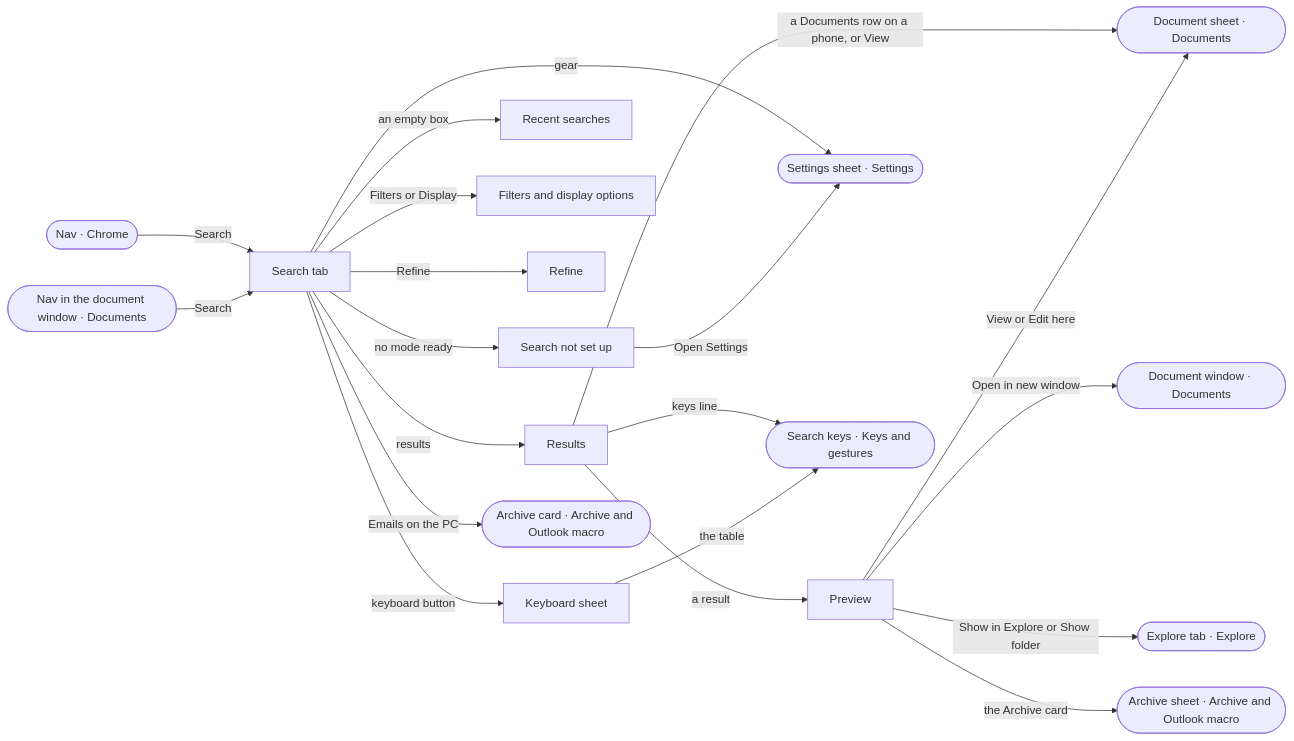
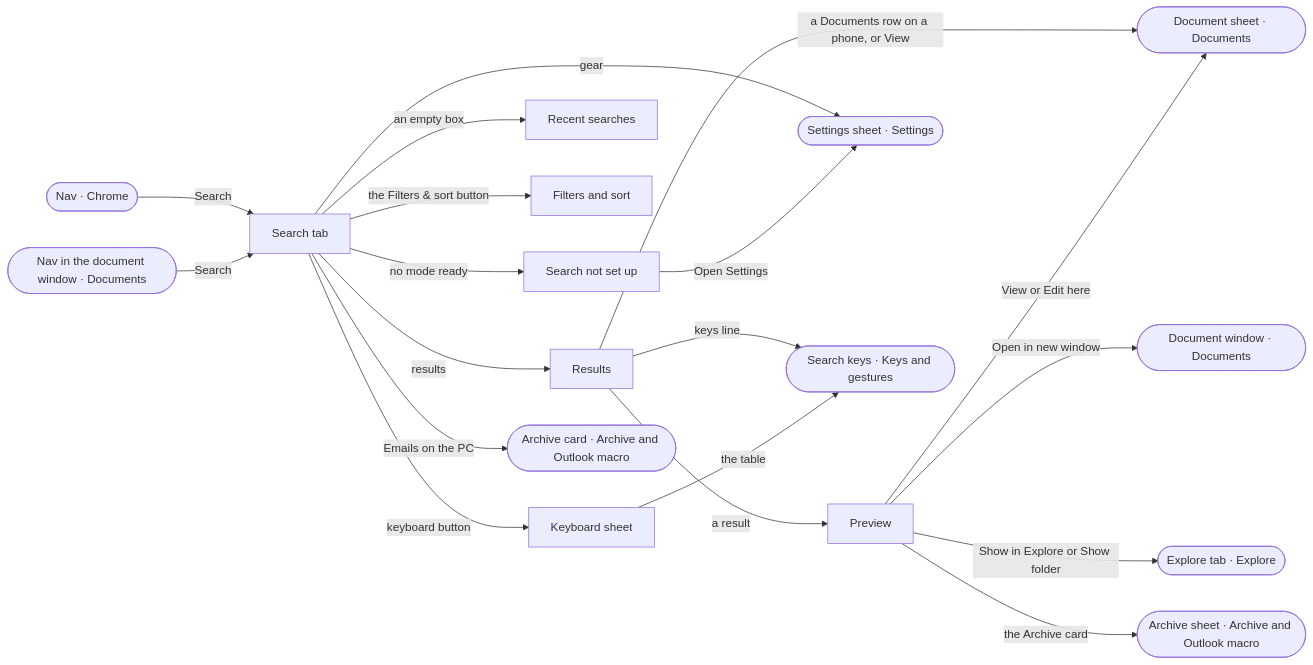
Before and after one commit to ferraroroberto/folder-explorer: the second of 10 diagrams in docs/ux-surface-map.md, drawn with Mermaid. The commit also changed other lines of this file and 18 other files, not shown here.

First line of the commit message:
feat: one Filters & sort sheet on Explore, Largest, Types and Search (#267)

````diff
--- a/docs/ux-surface-map.md
+++ b/docs/ux-surface-map.md
@@ -193,39 +207,37 @@
 ```mermaid
 flowchart LR
-  s7["Search tab"]
-  s8["Search not set up"]
-  s9["Recent searches"]
-  s10["Filters and display options"]
-  s11["Refine"]
+  s8["Search tab"]
+  s9["Search not set up"]
+  s10["Recent searches"]
+  s11["Filters and sort"]
   s12["Results"]
   s13["Preview"]
   s14["Keyboard sheet"]
   s0(["Nav · Chrome"])
   s40(["Archive card · Archive and Outlook macro"])
   s43(["Settings sheet · Settings"])
   s31(["Document sheet · Documents"])
   s70(["Search keys · Keys and gestures"])
   s37(["Document window · Documents"])
   s15(["Explore tab · Explore"])
   s41(["Archive sheet · Archive and Outlook macro"])
   s38(["Nav in the document window · Documents"])
-  s0 -->|"Search"| s7
-  s7 -->|"no mode ready"| s8
-  s7 -->|"an empty box"| s9
-  s7 -->|"Filters or Display"| s10
-  s7 -->|"Refine"| s11
-  s7 -->|"results"| s12
-  s7 -->|"keyboard button"| s14
-  s7 -->|"Emails on the PC"| s40
-  s7 -->|"gear"| s43
-  s8 -->|"Open Settings"| s43
+  s0 -->|"Search"| s8
+  s8 -->|"no mode ready"| s9
+  s8 -->|"an empty box"| s10
+  s8 -->|"the Filters & sort button"| s11
+  s8 -->|"results"| s12
+  s8 -->|"keyboard button"| s14
+  s8 -->|"Emails on the PC"| s40
+  s8 -->|"gear"| s43
+  s9 -->|"Open Settings"| s43
   s12 -->|"a result"| s13
   s12 -->|"a Documents row on a phone, or View"| s31
   s12 -->|"keys line"| s70
   s13 -->|"View or Edit here"| s31
   s13 -->|"Open in new window"| s37
   s13 -->|"Show in Explore or Show folder"| s15
   s13 -->|"the Archive card"| s41
   s14 -->|"the table"| s70
-  s38 -->|"Search"| s7
+  s38 -->|"Search"| s8
 ```
````
